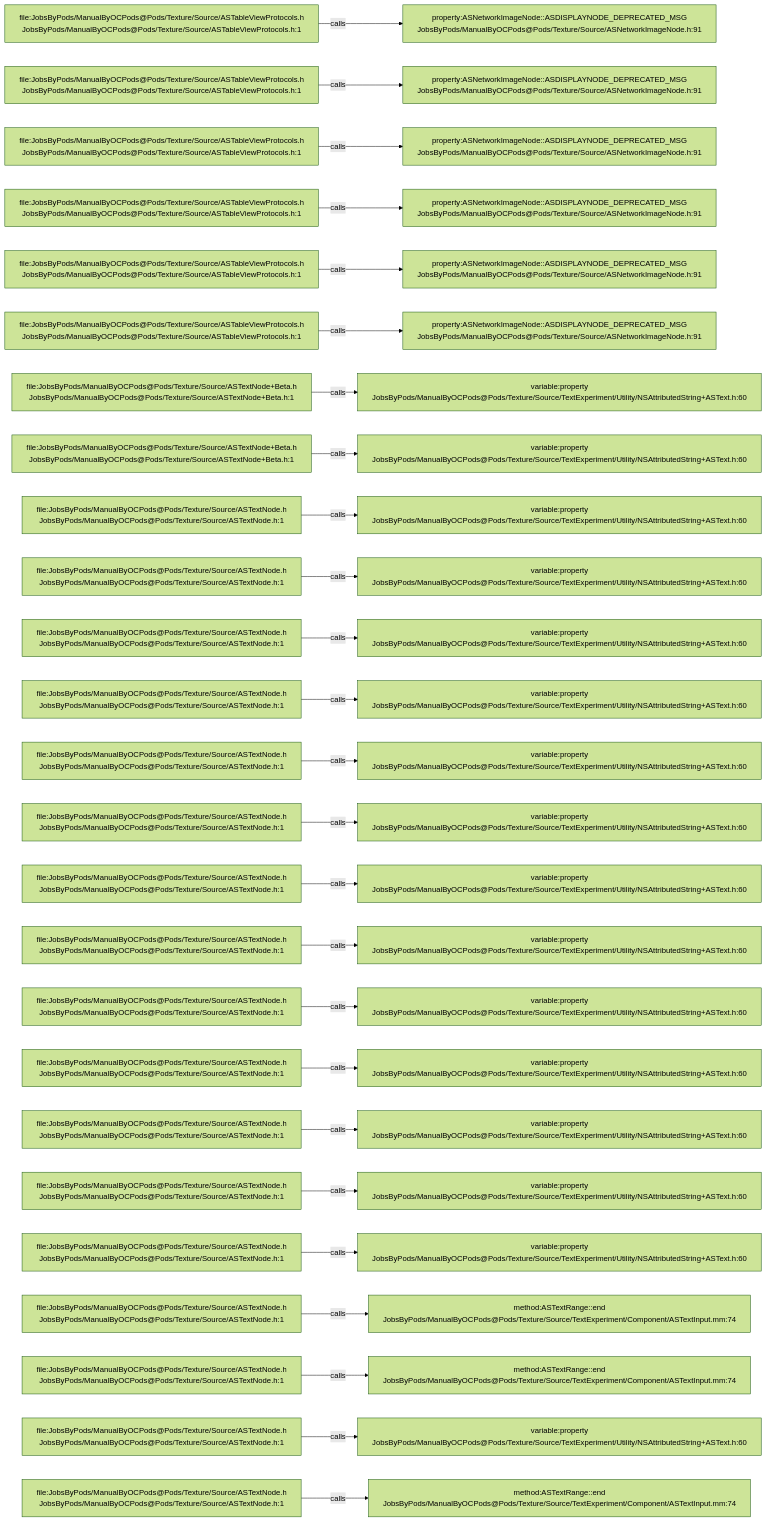
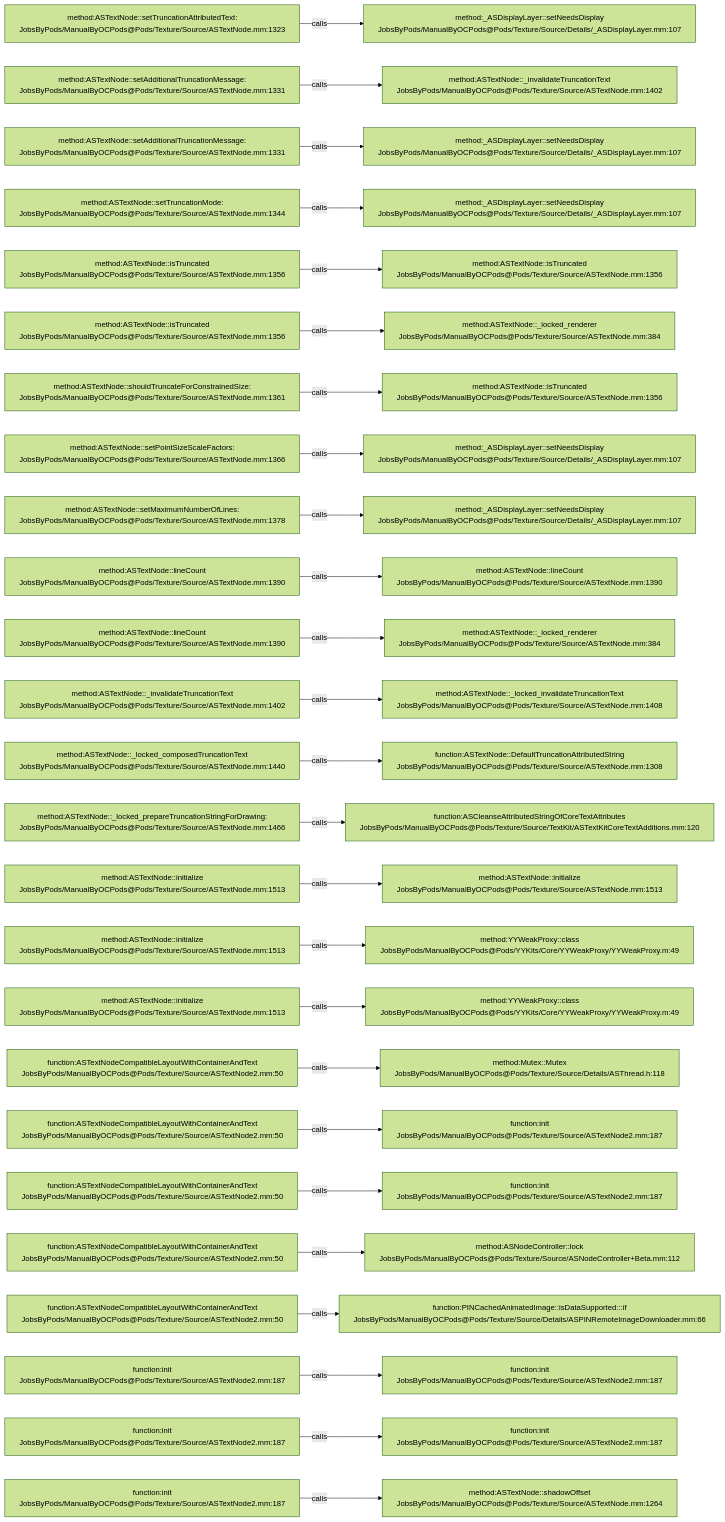
The diagram in .codegraph/codegraph.md/graphs/calls-130.md (JobsKits/JobsOCBaseConfigDemo), drawn with Mermaid (forest theme) before and after one commit. The commit also changed 1448 other files, not shown here.

````diff
--- a/.codegraph/codegraph.md/graphs/calls-130.md
+++ b/.codegraph/codegraph.md/graphs/calls-130.md
@@ -13,78 +13,78 @@
 ```mermaid
 flowchart LR
-  S1["file:JobsByPods/ManualByOCPods@Pods/Texture/Source/ASTableViewProtocols.h<br/>JobsByPods/ManualByOCPods@Pods/Texture/Source/ASTableViewProtocols.h:1"]
-  T1["property:ASNetworkImageNode::ASDISPLAYNODE_DEPRECATED_MSG<br/>JobsByPods/ManualByOCPods@Pods/Texture/Source/ASNetworkImageNode.h:91"]
+  S1["method:ASTextNode::setTruncationAttributedText:<br/>JobsByPods/ManualByOCPods@Pods/Texture/Source/ASTextNode.mm:1323"]
+  T1["method:_ASDisplayLayer::setNeedsDisplay<br/>JobsByPods/ManualByOCPods@Pods/Texture/Source/Details/_ASDisplayLayer.mm:107"]
   S1 -->|calls| T1
-  S2["file:JobsByPods/ManualByOCPods@Pods/Texture/Source/ASTableViewProtocols.h<br/>JobsByPods/ManualByOCPods@Pods/Texture/Source/ASTableViewProtocols.h:1"]
-  T2["property:ASNetworkImageNode::ASDISPLAYNODE_DEPRECATED_MSG<br/>JobsByPods/ManualByOCPods@Pods/Texture/Source/ASNetworkImageNode.h:91"]
+  S2["method:ASTextNode::setAdditionalTruncationMessage:<br/>JobsByPods/ManualByOCPods@Pods/Texture/Source/ASTextNode.mm:1331"]
+  T2["method:ASTextNode::_invalidateTruncationText<br/>JobsByPods/ManualByOCPods@Pods/Texture/Source/ASTextNode.mm:1402"]
   S2 -->|calls| T2
-  S3["file:JobsByPods/ManualByOCPods@Pods/Texture/Source/ASTableViewProtocols.h<br/>JobsByPods/ManualByOCPods@Pods/Texture/Source/ASTableViewProtocols.h:1"]
-  T3["property:ASNetworkImageNode::ASDISPLAYNODE_DEPRECATED_MSG<br/>JobsByPods/ManualByOCPods@Pods/Texture/Source/ASNetworkImageNode.h:91"]
+  S3["method:ASTextNode::setAdditionalTruncationMessage:<br/>JobsByPods/ManualByOCPods@Pods/Texture/Source/ASTextNode.mm:1331"]
+  T3["method:_ASDisplayLayer::setNeedsDisplay<br/>JobsByPods/ManualByOCPods@Pods/Texture/Source/Details/_ASDisplayLayer.mm:107"]
   S3 -->|calls| T3
-  S4["file:JobsByPods/ManualByOCPods@Pods/Texture/Source/ASTableViewProtocols.h<br/>JobsByPods/ManualByOCPods@Pods/Texture/Source/ASTableViewProtocols.h:1"]
-  T4["property:ASNetworkImageNode::ASDISPLAYNODE_DEPRECATED_MSG<br/>JobsByPods/ManualByOCPods@Pods/Texture/Source/ASNetworkImageNode.h:91"]
+  S4["method:ASTextNode::setTruncationMode:<br/>JobsByPods/ManualByOCPods@Pods/Texture/Source/ASTextNode.mm:1344"]
+  T4["method:_ASDisplayLayer::setNeedsDisplay<br/>JobsByPods/ManualByOCPods@Pods/Texture/Source/Details/_ASDisplayLayer.mm:107"]
   S4 -->|calls| T4
-  S5["file:JobsByPods/ManualByOCPods@Pods/Texture/Source/ASTableViewProtocols.h<br/>JobsByPods/ManualByOCPods@Pods/Texture/Source/ASTableViewProtocols.h:1"]
-  T5["property:ASNetworkImageNode::ASDISPLAYNODE_DEPRECATED_MSG<br/>JobsByPods/ManualByOCPods@Pods/Texture/Source/ASNetworkImageNode.h:91"]
+  S5["method:ASTextNode::isTruncated<br/>JobsByPods/ManualByOCPods@Pods/Texture/Source/ASTextNode.mm:1356"]
+  T5["method:ASTextNode::isTruncated<br/>JobsByPods/ManualByOCPods@Pods/Texture/Source/ASTextNode.mm:1356"]
   S5 -->|calls| T5
-  S6["file:JobsByPods/ManualByOCPods@Pods/Texture/Source/ASTableViewProtocols.h<br/>JobsByPods/ManualByOCPods@Pods/Texture/Source/ASTableViewProtocols.h:1"]
-  T6["property:ASNetworkImageNode::ASDISPLAYNODE_DEPRECATED_MSG<br/>JobsByPods/ManualByOCPods@Pods/Texture/Source/ASNetworkImageNode.h:91"]
+  S6["method:ASTextNode::isTruncated<br/>JobsByPods/ManualByOCPods@Pods/Texture/Source/ASTextNode.mm:1356"]
+  T6["method:ASTextNode::_locked_renderer<br/>JobsByPods/ManualByOCPods@Pods/Texture/Source/ASTextNode.mm:384"]
   S6 -->|calls| T6
-  S7["file:JobsByPods/ManualByOCPods@Pods/Texture/Source/ASTextNode+Beta.h<br/>JobsByPods/ManualByOCPods@Pods/Texture/Source/ASTextNode+Beta.h:1"]
-  T7["variable:property<br/>JobsByPods/ManualByOCPods@Pods/Texture/Source/TextExperiment/Utility/NSAttributedString+ASText.h:60"]
+  S7["method:ASTextNode::shouldTruncateForConstrainedSize:<br/>JobsByPods/ManualByOCPods@Pods/Texture/Source/ASTextNode.mm:1361"]
+  T7["method:ASTextNode::isTruncated<br/>JobsByPods/ManualByOCPods@Pods/Texture/Source/ASTextNode.mm:1356"]
   S7 -->|calls| T7
-  S8["file:JobsByPods/ManualByOCPods@Pods/Texture/Source/ASTextNode+Beta.h<br/>JobsByPods/ManualByOCPods@Pods/Texture/Source/ASTextNode+Beta.h:1"]
-  T8["variable:property<br/>JobsByPods/ManualByOCPods@Pods/Texture/Source/TextExperiment/Utility/NSAttributedString+ASText.h:60"]
+  S8["method:ASTextNode::setPointSizeScaleFactors:<br/>JobsByPods/ManualByOCPods@Pods/Texture/Source/ASTextNode.mm:1366"]
+  T8["method:_ASDisplayLayer::setNeedsDisplay<br/>JobsByPods/ManualByOCPods@Pods/Texture/Source/Details/_ASDisplayLayer.mm:107"]
   S8 -->|calls| T8
-  S9["file:JobsByPods/ManualByOCPods@Pods/Texture/Source/ASTextNode.h<br/>JobsByPods/ManualByOCPods@Pods/Texture/Source/ASTextNode.h:1"]
-  T9["variable:property<br/>JobsByPods/ManualByOCPods@Pods/Texture/Source/TextExperiment/Utility/NSAttributedString+ASText.h:60"]
+  S9["method:ASTextNode::setMaximumNumberOfLines:<br/>JobsByPods/ManualByOCPods@Pods/Texture/Source/ASTextNode.mm:1378"]
+  T9["method:_ASDisplayLayer::setNeedsDisplay<br/>JobsByPods/ManualByOCPods@Pods/Texture/Source/Details/_ASDisplayLayer.mm:107"]
   S9 -->|calls| T9
-  S10["file:JobsByPods/ManualByOCPods@Pods/Texture/Source/ASTextNode.h<br/>JobsByPods/ManualByOCPods@Pods/Texture/Source/ASTextNode.h:1"]
-  T10["variable:property<br/>JobsByPods/ManualByOCPods@Pods/Texture/Source/TextExperiment/Utility/NSAttributedString+ASText.h:60"]
+  S10["method:ASTextNode::lineCount<br/>JobsByPods/ManualByOCPods@Pods/Texture/Source/ASTextNode.mm:1390"]
+  T10["method:ASTextNode::lineCount<br/>JobsByPods/ManualByOCPods@Pods/Texture/Source/ASTextNode.mm:1390"]
   S10 -->|calls| T10
-  S11["file:JobsByPods/ManualByOCPods@Pods/Texture/Source/ASTextNode.h<br/>JobsByPods/ManualByOCPods@Pods/Texture/Source/ASTextNode.h:1"]
-  T11["variable:property<br/>JobsByPods/ManualByOCPods@Pods/Texture/Source/TextExperiment/Utility/NSAttributedString+ASText.h:60"]
+  S11["method:ASTextNode::lineCount<br/>JobsByPods/ManualByOCPods@Pods/Texture/Source/ASTextNode.mm:1390"]
+  T11["method:ASTextNode::_locked_renderer<br/>JobsByPods/ManualByOCPods@Pods/Texture/Source/ASTextNode.mm:384"]
   S11 -->|calls| T11
-  S12["file:JobsByPods/ManualByOCPods@Pods/Texture/Source/ASTextNode.h<br/>JobsByPods/ManualByOCPods@Pods/Texture/Source/ASTextNode.h:1"]
-  T12["variable:property<br/>JobsByPods/ManualByOCPods@Pods/Texture/Source/TextExperiment/Utility/NSAttributedString+ASText.h:60"]
+  S12["method:ASTextNode::_invalidateTruncationText<br/>JobsByPods/ManualByOCPods@Pods/Texture/Source/ASTextNode.mm:1402"]
+  T12["method:ASTextNode::_locked_invalidateTruncationText<br/>JobsByPods/ManualByOCPods@Pods/Texture/Source/ASTextNode.mm:1408"]
   S12 -->|calls| T12
-  S13["file:JobsByPods/ManualByOCPods@Pods/Texture/Source/ASTextNode.h<br/>JobsByPods/ManualByOCPods@Pods/Texture/Source/ASTextNode.h:1"]
-  T13["variable:property<br/>JobsByPods/ManualByOCPods@Pods/Texture/Source/TextExperiment/Utility/NSAttributedString+ASText.h:60"]
+  S13["method:ASTextNode::_locked_composedTruncationText<br/>JobsByPods/ManualByOCPods@Pods/Texture/Source/ASTextNode.mm:1440"]
+  T13["function:ASTextNode::DefaultTruncationAttributedString<br/>JobsByPods/ManualByOCPods@Pods/Texture/Source/ASTextNode.mm:1308"]
   S13 -->|calls| T13
-  S14["file:JobsByPods/ManualByOCPods@Pods/Texture/Source/ASTextNode.h<br/>JobsByPods/ManualByOCPods@Pods/Texture/Source/ASTextNode.h:1"]
-  T14["variable:property<br/>JobsByPods/ManualByOCPods@Pods/Texture/Source/TextExperiment/Utility/NSAttributedString+ASText.h:60"]
+  S14["method:ASTextNode::_locked_prepareTruncationStringForDrawing:<br/>JobsByPods/ManualByOCPods@Pods/Texture/Source/ASTextNode.mm:1466"]
+  T14["function:ASCleanseAttributedStringOfCoreTextAttributes<br/>JobsByPods/ManualByOCPods@Pods/Texture/Source/TextKit/ASTextKitCoreTextAdditions.mm:120"]
   S14 -->|calls| T14
-  S15["file:JobsByPods/ManualByOCPods@Pods/Texture/Source/ASTextNode.h<br/>JobsByPods/ManualByOCPods@Pods/Texture/Source/ASTextNode.h:1"]
-  T15["variable:property<br/>JobsByPods/ManualByOCPods@Pods/Texture/Source/TextExperiment/Utility/NSAttributedString+ASText.h:60"]
+  S15["method:ASTextNode::initialize<br/>JobsByPods/ManualByOCPods@Pods/Texture/Source/ASTextNode.mm:1513"]
+  T15["method:ASTextNode::initialize<br/>JobsByPods/ManualByOCPods@Pods/Texture/Source/ASTextNode.mm:1513"]
   S15 -->|calls| T15
-  S16["file:JobsByPods/ManualByOCPods@Pods/Texture/Source/ASTextNode.h<br/>JobsByPods/ManualByOCPods@Pods/Texture/Source/ASTextNode.h:1"]
-  T16["variable:property<br/>JobsByPods/ManualByOCPods@Pods/Texture/Source/TextExperiment/Utility/NSAttributedString+ASText.h:60"]
+  S16["method:ASTextNode::initialize<br/>JobsByPods/ManualByOCPods@Pods/Texture/Source/ASTextNode.mm:1513"]
+  T16["method:YYWeakProxy::class<br/>JobsByPods/ManualByOCPods@Pods/YYKits/Core/YYWeakProxy/YYWeakProxy.m:49"]
   S16 -->|calls| T16
-  S17["file:JobsByPods/ManualByOCPods@Pods/Texture/Source/ASTextNode.h<br/>JobsByPods/ManualByOCPods@Pods/Texture/Source/ASTextNode.h:1"]
-  T17["variable:property<br/>JobsByPods/ManualByOCPods@Pods/Texture/Source/TextExperiment/Utility/NSAttributedString+ASText.h:60"]
+  S17["method:ASTextNode::initialize<br/>JobsByPods/ManualByOCPods@Pods/Texture/Source/ASTextNode.mm:1513"]
+  T17["method:YYWeakProxy::class<br/>JobsByPods/ManualByOCPods@Pods/YYKits/Core/YYWeakProxy/YYWeakProxy.m:49"]
   S17 -->|calls| T17
-  S18["file:JobsByPods/ManualByOCPods@Pods/Texture/Source/ASTextNode.h<br/>JobsByPods/ManualByOCPods@Pods/Texture/Source/ASTextNode.h:1"]
-  T18["variable:property<br/>JobsByPods/ManualByOCPods@Pods/Texture/Source/TextExperiment/Utility/NSAttributedString+ASText.h:60"]
+  S18["function:ASTextNodeCompatibleLayoutWithContainerAndText<br/>JobsByPods/ManualByOCPods@Pods/Texture/Source/ASTextNode2.mm:50"]
+  T18["method:Mutex::Mutex<br/>JobsByPods/ManualByOCPods@Pods/Texture/Source/Details/ASThread.h:118"]
   S18 -->|calls| T18
-  S19["file:JobsByPods/ManualByOCPods@Pods/Texture/Source/ASTextNode.h<br/>JobsByPods/ManualByOCPods@Pods/Texture/Source/ASTextNode.h:1"]
-  T19["variable:property<br/>JobsByPods/ManualByOCPods@Pods/Texture/Source/TextExperiment/Utility/NSAttributedString+ASText.h:60"]
+  S19["function:ASTextNodeCompatibleLayoutWithContainerAndText<br/>JobsByPods/ManualByOCPods@Pods/Texture/Source/ASTextNode2.mm:50"]
+  T19["function:init<br/>JobsByPods/ManualByOCPods@Pods/Texture/Source/ASTextNode2.mm:187"]
   S19 -->|calls| T19
-  S20["file:JobsByPods/ManualByOCPods@Pods/Texture/Source/ASTextNode.h<br/>JobsByPods/ManualByOCPods@Pods/Texture/Source/ASTextNode.h:1"]
-  T20["variable:property<br/>JobsByPods/ManualByOCPods@Pods/Texture/Source/TextExperiment/Utility/NSAttributedString+ASText.h:60"]
+  S20["function:ASTextNodeCompatibleLayoutWithContainerAndText<br/>JobsByPods/ManualByOCPods@Pods/Texture/Source/ASTextNode2.mm:50"]
+  T20["function:init<br/>JobsByPods/ManualByOCPods@Pods/Texture/Source/ASTextNode2.mm:187"]
   S20 -->|calls| T20
-  S21["file:JobsByPods/ManualByOCPods@Pods/Texture/Source/ASTextNode.h<br/>JobsByPods/ManualByOCPods@Pods/Texture/Source/ASTextNode.h:1"]
-  T21["variable:property<br/>JobsByPods/ManualByOCPods@Pods/Texture/Source/TextExperiment/Utility/NSAttributedString+ASText.h:60"]
+  S21["function:ASTextNodeCompatibleLayoutWithContainerAndText<br/>JobsByPods/ManualByOCPods@Pods/Texture/Source/ASTextNode2.mm:50"]
+  T21["method:ASNodeController::lock<br/>JobsByPods/ManualByOCPods@Pods/Texture/Source/ASNodeController+Beta.mm:112"]
   S21 -->|calls| T21
-  S22["file:JobsByPods/ManualByOCPods@Pods/Texture/Source/ASTextNode.h<br/>JobsByPods/ManualByOCPods@Pods/Texture/Source/ASTextNode.h:1"]
-  T22["method:ASTextRange::end<br/>JobsByPods/ManualByOCPods@Pods/Texture/Source/TextExperiment/Component/ASTextInput.mm:74"]
+  S22["function:ASTextNodeCompatibleLayoutWithContainerAndText<br/>JobsByPods/ManualByOCPods@Pods/Texture/Source/ASTextNode2.mm:50"]
+  T22["function:PINCachedAnimatedImage::isDataSupported:::if<br/>JobsByPods/ManualByOCPods@Pods/Texture/Source/Details/ASPINRemoteImageDownloader.mm:66"]
   S22 -->|calls| T22
-  S23["file:JobsByPods/ManualByOCPods@Pods/Texture/Source/ASTextNode.h<br/>JobsByPods/ManualByOCPods@Pods/Texture/Source/ASTextNode.h:1"]
-  T23["method:ASTextRange::end<br/>JobsByPods/ManualByOCPods@Pods/Texture/Source/TextExperiment/Component/ASTextInput.mm:74"]
+  S23["function:init<br/>JobsByPods/ManualByOCPods@Pods/Texture/Source/ASTextNode2.mm:187"]
+  T23["function:init<br/>JobsByPods/ManualByOCPods@Pods/Texture/Source/ASTextNode2.mm:187"]
   S23 -->|calls| T23
-  S24["file:JobsByPods/ManualByOCPods@Pods/Texture/Source/ASTextNode.h<br/>JobsByPods/ManualByOCPods@Pods/Texture/Source/ASTextNode.h:1"]
-  T24["variable:property<br/>JobsByPods/ManualByOCPods@Pods/Texture/Source/TextExperiment/Utility/NSAttributedString+ASText.h:60"]
+  S24["function:init<br/>JobsByPods/ManualByOCPods@Pods/Texture/Source/ASTextNode2.mm:187"]
+  T24["function:init<br/>JobsByPods/ManualByOCPods@Pods/Texture/Source/ASTextNode2.mm:187"]
   S24 -->|calls| T24
-  S25["file:JobsByPods/ManualByOCPods@Pods/Texture/Source/ASTextNode.h<br/>JobsByPods/ManualByOCPods@Pods/Texture/Source/ASTextNode.h:1"]
-  T25["method:ASTextRange::end<br/>JobsByPods/ManualByOCPods@Pods/Texture/Source/TextExperiment/Component/ASTextInput.mm:74"]
+  S25["function:init<br/>JobsByPods/ManualByOCPods@Pods/Texture/Source/ASTextNode2.mm:187"]
+  T25["method:ASTextNode::shadowOffset<br/>JobsByPods/ManualByOCPods@Pods/Texture/Source/ASTextNode.mm:1264"]
   S25 -->|calls| T25
 ```
````
